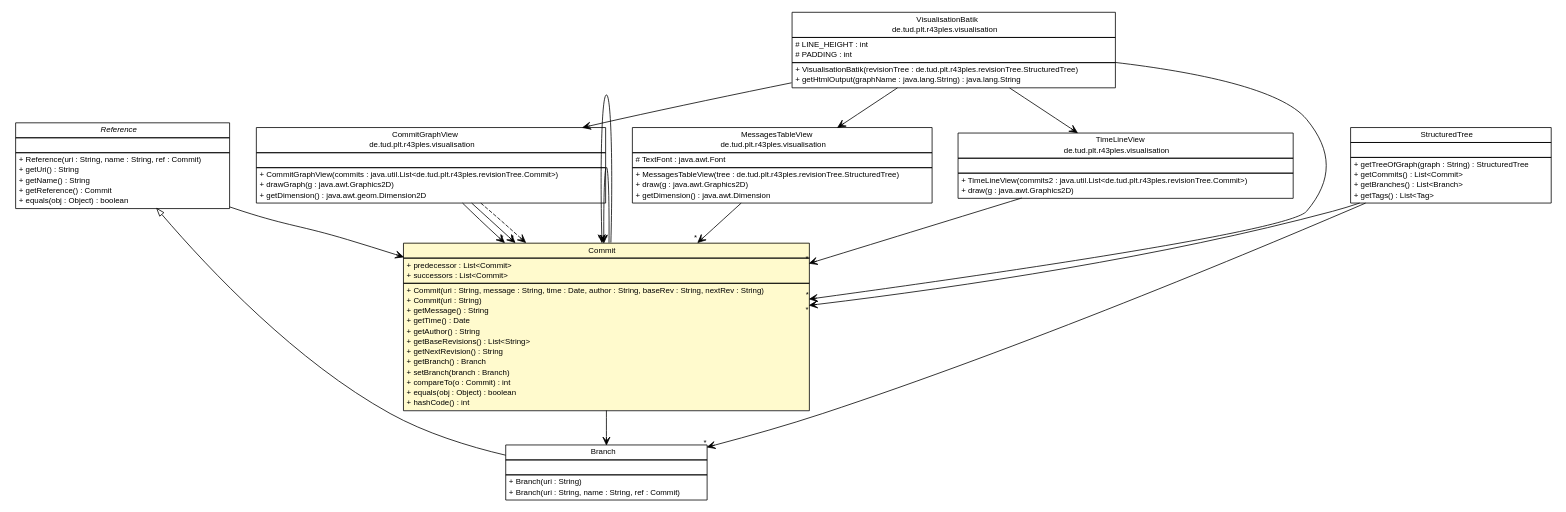
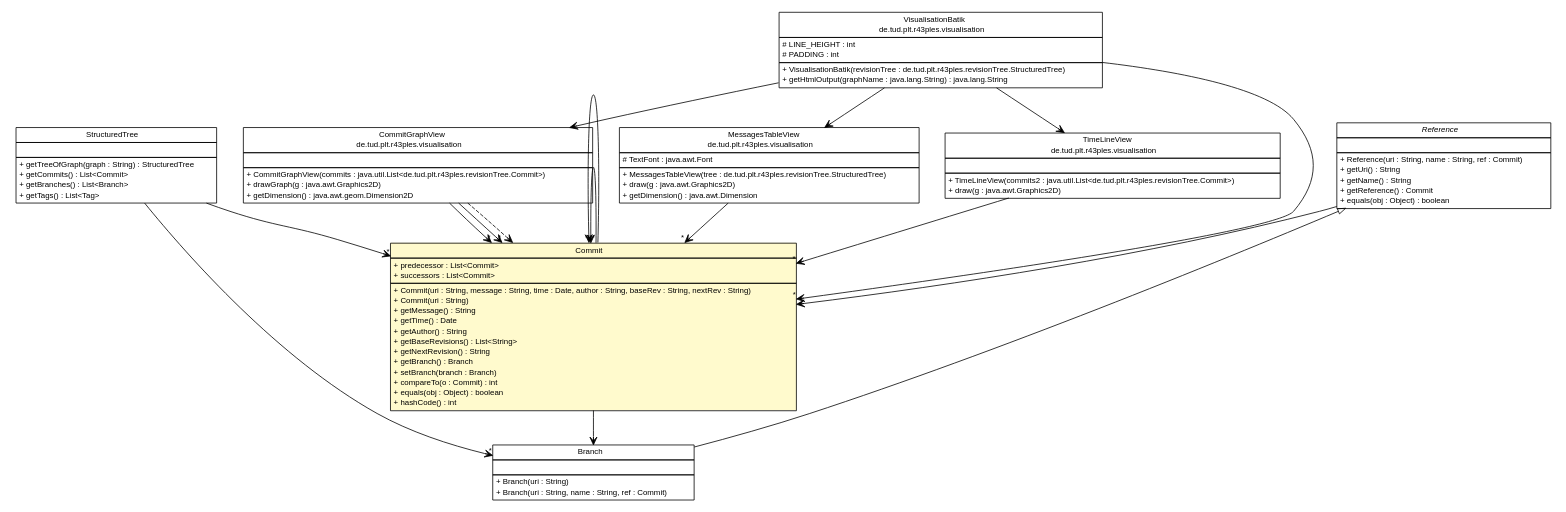
One commit to adrianorzyszek/r43ples changed the diagram in site/apidocs/de/tud/plt/r43ples/revisionTree/Commit.dot. Above: the diagram before and after it, drawn with Graphviz. The commit also changed 272 other files, not shown here.

```diff
--- a/site/apidocs/de/tud/plt/r43ples/revisionTree/Commit.dot
+++ b/site/apidocs/de/tud/plt/r43ples/revisionTree/Commit.dot
@@ -68,21 +68,8 @@
 <tr><td align="left" balign="left"> + getHtmlOutput(graphName : java.lang.String) : java.lang.String </td></tr>
 		</table></td></tr>
 		</table>>, URL="../visualisation/VisualisationBatik.html", fontname="Helvetica", fontcolor="black", fontsize=10.0];
-	// de.tud.plt.r43ples.revisionTree.Branch
-	c496 [label=<<table title="de.tud.plt.r43ples.revisionTree.Branch" border="0" cellborder="1" cellspacing="0" cellpadding="2" port="p" href="./Branch.html">
-		<tr><td><table border="0" cellspacing="0" cellpadding="1">
-<tr><td align="center" balign="center"> Branch </td></tr>
-		</table></td></tr>
-		<tr><td><table border="0" cellspacing="0" cellpadding="1">
-<tr><td align="left" balign="left">  </td></tr>
-		</table></td></tr>
-		<tr><td><table border="0" cellspacing="0" cellpadding="1">
-<tr><td align="left" balign="left"> + Branch(uri : String) </td></tr>
-<tr><td align="left" balign="left"> + Branch(uri : String, name : String, ref : Commit) </td></tr>
-		</table></td></tr>
-		</table>>, URL="./Branch.html", fontname="Helvetica", fontcolor="black", fontsize=10.0];
 	// de.tud.plt.r43ples.revisionTree.Commit
-	c497 [label=<<table title="de.tud.plt.r43ples.revisionTree.Commit" border="0" cellborder="1" cellspacing="0" cellpadding="2" port="p" bgcolor="lemonChiffon" href="./Commit.html">
+	c496 [label=<<table title="de.tud.plt.r43ples.revisionTree.Commit" border="0" cellborder="1" cellspacing="0" cellpadding="2" port="p" bgcolor="lemonChiffon" href="./Commit.html">
 		<tr><td><table border="0" cellspacing="0" cellpadding="1">
 <tr><td align="center" balign="center"> Commit </td></tr>
 		</table></td></tr>
@@ -105,8 +92,36 @@
 <tr><td align="left" balign="left"> + hashCode() : int </td></tr>
 		</table></td></tr>
 		</table>>, URL="./Commit.html", fontname="Helvetica", fontcolor="black", fontsize=10.0];
+	// de.tud.plt.r43ples.revisionTree.StructuredTree
+	c497 [label=<<table title="de.tud.plt.r43ples.revisionTree.StructuredTree" border="0" cellborder="1" cellspacing="0" cellpadding="2" port="p" href="./StructuredTree.html">
+		<tr><td><table border="0" cellspacing="0" cellpadding="1">
+<tr><td align="center" balign="center"> StructuredTree </td></tr>
+		</table></td></tr>
+		<tr><td><table border="0" cellspacing="0" cellpadding="1">
+<tr><td align="left" balign="left">  </td></tr>
+		</table></td></tr>
+		<tr><td><table border="0" cellspacing="0" cellpadding="1">
+<tr><td align="left" balign="left"> + getTreeOfGraph(graph : String) : StructuredTree </td></tr>
+<tr><td align="left" balign="left"> + getCommits() : List&lt;Commit&gt; </td></tr>
+<tr><td align="left" balign="left"> + getBranches() : List&lt;Branch&gt; </td></tr>
+<tr><td align="left" balign="left"> + getTags() : List&lt;Tag&gt; </td></tr>
+		</table></td></tr>
+		</table>>, URL="./StructuredTree.html", fontname="Helvetica", fontcolor="black", fontsize=10.0];
+	// de.tud.plt.r43ples.revisionTree.Branch
+	c498 [label=<<table title="de.tud.plt.r43ples.revisionTree.Branch" border="0" cellborder="1" cellspacing="0" cellpadding="2" port="p" href="./Branch.html">
+		<tr><td><table border="0" cellspacing="0" cellpadding="1">
+<tr><td align="center" balign="center"> Branch </td></tr>
+		</table></td></tr>
+		<tr><td><table border="0" cellspacing="0" cellpadding="1">
+<tr><td align="left" balign="left">  </td></tr>
+		</table></td></tr>
+		<tr><td><table border="0" cellspacing="0" cellpadding="1">
+<tr><td align="left" balign="left"> + Branch(uri : String) </td></tr>
+<tr><td align="left" balign="left"> + Branch(uri : String, name : String, ref : Commit) </td></tr>
+		</table></td></tr>
+		</table>>, URL="./Branch.html", fontname="Helvetica", fontcolor="black", fontsize=10.0];
 	// de.tud.plt.r43ples.revisionTree.Reference
-	c498 [label=<<table title="de.tud.plt.r43ples.revisionTree.Reference" border="0" cellborder="1" cellspacing="0" cellpadding="2" port="p" href="./Reference.html">
+	c499 [label=<<table title="de.tud.plt.r43ples.revisionTree.Reference" border="0" cellborder="1" cellspacing="0" cellpadding="2" port="p" href="./Reference.html">
 		<tr><td><table border="0" cellspacing="0" cellpadding="1">
 <tr><td align="center" balign="center"><font face="Helvetica-Oblique"> Reference </font></td></tr>
 		</table></td></tr>
@@ -121,51 +136,36 @@
 <tr><td align="left" balign="left"> + equals(obj : Object) : boolean </td></tr>
 		</table></td></tr>
 		</table>>, URL="./Reference.html", fontname="Helvetica", fontcolor="black", fontsize=10.0];
-	// de.tud.plt.r43ples.revisionTree.StructuredTree
-	c500 [label=<<table title="de.tud.plt.r43ples.revisionTree.StructuredTree" border="0" cellborder="1" cellspacing="0" cellpadding="2" port="p" href="./StructuredTree.html">
-		<tr><td><table border="0" cellspacing="0" cellpadding="1">
-<tr><td align="center" balign="center"> StructuredTree </td></tr>
-		</table></td></tr>
-		<tr><td><table border="0" cellspacing="0" cellpadding="1">
-<tr><td align="left" balign="left">  </td></tr>
-		</table></td></tr>
-		<tr><td><table border="0" cellspacing="0" cellpadding="1">
-<tr><td align="left" balign="left"> + getTreeOfGraph(graph : String) : StructuredTree </td></tr>
-<tr><td align="left" balign="left"> + getCommits() : List&lt;Commit&gt; </td></tr>
-<tr><td align="left" balign="left"> + getBranches() : List&lt;Branch&gt; </td></tr>
-<tr><td align="left" balign="left"> + getTags() : List&lt;Tag&gt; </td></tr>
-		</table></td></tr>
-		</table>>, URL="./StructuredTree.html", fontname="Helvetica", fontcolor="black", fontsize=10.0];
 	//de.tud.plt.r43ples.revisionTree.Branch extends de.tud.plt.r43ples.revisionTree.Reference
-	c498:p -> c496:p [dir=back,arrowtail=empty];
+	c499:p -> c498:p [dir=back,arrowtail=empty];
 	// de.tud.plt.r43ples.visualisation.CommitGraphView NAVASSOC de.tud.plt.r43ples.revisionTree.Commit
-	c485:p -> c497:p [taillabel="", label="", headlabel="*", fontname="Helvetica", fontcolor="black", fontsize=10.0, color="black", arrowhead=open];
+	c485:p -> c496:p [taillabel="", label="", headlabel="*", fontname="Helvetica", fontcolor="black", fontsize=10.0, color="black", arrowhead=open];
 	// de.tud.plt.r43ples.visualisation.CommitGraphView NAVASSOC de.tud.plt.r43ples.revisionTree.Commit
-	c485:p -> c497:p [taillabel="", label="", headlabel="*", fontname="Helvetica", fontcolor="black", fontsize=10.0, color="black", arrowhead=open];
+	c485:p -> c496:p [taillabel="", label="", headlabel="*", fontname="Helvetica", fontcolor="black", fontsize=10.0, color="black", arrowhead=open];
 	// de.tud.plt.r43ples.visualisation.MessagesTableView NAVASSOC de.tud.plt.r43ples.revisionTree.Commit
-	c486:p -> c497:p [taillabel="", label="", headlabel="*", fontname="Helvetica", fontcolor="black", fontsize=10.0, color="black", arrowhead=open];
+	c486:p -> c496:p [taillabel="", label="", headlabel="*", fontname="Helvetica", fontcolor="black", fontsize=10.0, color="black", arrowhead=open];
 	// de.tud.plt.r43ples.visualisation.TimeLineView NAVASSOC de.tud.plt.r43ples.revisionTree.Commit
-	c487:p -> c497:p [taillabel="", label="", headlabel="*", fontname="Helvetica", fontcolor="black", fontsize=10.0, color="black", arrowhead=open];
+	c487:p -> c496:p [taillabel="", label="", headlabel="*", fontname="Helvetica", fontcolor="black", fontsize=10.0, color="black", arrowhead=open];
 	// de.tud.plt.r43ples.visualisation.VisualisationBatik NAVASSOC de.tud.plt.r43ples.visualisation.TimeLineView
 	c488:p -> c487:p [taillabel="", label="", headlabel="", fontname="Helvetica", fontcolor="black", fontsize=10.0, color="black", arrowhead=open];
 	// de.tud.plt.r43ples.visualisation.VisualisationBatik NAVASSOC de.tud.plt.r43ples.revisionTree.Commit
-	c488:p -> c497:p [taillabel="", label="", headlabel="*", fontname="Helvetica", fontcolor="black", fontsize=10.0, color="black", arrowhead=open];
+	c488:p -> c496:p [taillabel="", label="", headlabel="*", fontname="Helvetica", fontcolor="black", fontsize=10.0, color="black", arrowhead=open];
 	// de.tud.plt.r43ples.visualisation.VisualisationBatik NAVASSOC de.tud.plt.r43ples.visualisation.CommitGraphView
 	c488:p -> c485:p [taillabel="", label="", headlabel="", fontname="Helvetica", fontcolor="black", fontsize=10.0, color="black", arrowhead=open];
 	// de.tud.plt.r43ples.visualisation.VisualisationBatik NAVASSOC de.tud.plt.r43ples.visualisation.MessagesTableView
 	c488:p -> c486:p [taillabel="", label="", headlabel="", fontname="Helvetica", fontcolor="black", fontsize=10.0, color="black", arrowhead=open];
 	// de.tud.plt.r43ples.revisionTree.Commit NAVASSOC de.tud.plt.r43ples.revisionTree.Branch
-	c497:p -> c496:p [taillabel="", label="", headlabel="", fontname="Helvetica", fontcolor="black", fontsize=10.0, color="black", arrowhead=open];
+	c496:p -> c498:p [taillabel="", label="", headlabel="", fontname="Helvetica", fontcolor="black", fontsize=10.0, color="black", arrowhead=open];
 	// de.tud.plt.r43ples.revisionTree.Commit NAVASSOC de.tud.plt.r43ples.revisionTree.Commit
-	c497:p -> c497:p [taillabel="", label="", headlabel="*", fontname="Helvetica", fontcolor="black", fontsize=10.0, color="black", arrowhead=open];
+	c496:p -> c496:p [taillabel="", label="", headlabel="*", fontname="Helvetica", fontcolor="black", fontsize=10.0, color="black", arrowhead=open];
 	// de.tud.plt.r43ples.revisionTree.Commit NAVASSOC de.tud.plt.r43ples.revisionTree.Commit
-	c497:p -> c497:p [taillabel="", label="", headlabel="*", fontname="Helvetica", fontcolor="black", fontsize=10.0, color="black", arrowhead=open];
+	c496:p -> c496:p [taillabel="", label="", headlabel="*", fontname="Helvetica", fontcolor="black", fontsize=10.0, color="black", arrowhead=open];
+	// de.tud.plt.r43ples.revisionTree.StructuredTree NAVASSOC de.tud.plt.r43ples.revisionTree.Branch
+	c497:p -> c498:p [taillabel="", label="", headlabel="*", fontname="Helvetica", fontcolor="black", fontsize=10.0, color="black", arrowhead=open];
+	// de.tud.plt.r43ples.revisionTree.StructuredTree NAVASSOC de.tud.plt.r43ples.revisionTree.Commit
+	c497:p -> c496:p [taillabel="", label="", headlabel="*", fontname="Helvetica", fontcolor="black", fontsize=10.0, color="black", arrowhead=open];
 	// de.tud.plt.r43ples.revisionTree.Reference NAVASSOC de.tud.plt.r43ples.revisionTree.Commit
-	c498:p -> c497:p [taillabel="", label="", headlabel="", fontname="Helvetica", fontcolor="black", fontsize=10.0, color="black", arrowhead=open];
-	// de.tud.plt.r43ples.revisionTree.StructuredTree NAVASSOC de.tud.plt.r43ples.revisionTree.Branch
-	c500:p -> c496:p [taillabel="", label="", headlabel="*", fontname="Helvetica", fontcolor="black", fontsize=10.0, color="black", arrowhead=open];
-	// de.tud.plt.r43ples.revisionTree.StructuredTree NAVASSOC de.tud.plt.r43ples.revisionTree.Commit
-	c500:p -> c497:p [taillabel="", label="", headlabel="*", fontname="Helvetica", fontcolor="black", fontsize=10.0, color="black", arrowhead=open];
+	c499:p -> c496:p [taillabel="", label="", headlabel="", fontname="Helvetica", fontcolor="black", fontsize=10.0, color="black", arrowhead=open];
 	// de.tud.plt.r43ples.visualisation.CommitGraphView DEPEND de.tud.plt.r43ples.revisionTree.Commit
-	c485:p -> c497:p [taillabel="", label="", headlabel="", fontname="Helvetica", fontcolor="black", fontsize=10.0, color="black", arrowhead=open, style=dashed];
+	c485:p -> c496:p [taillabel="", label="", headlabel="", fontname="Helvetica", fontcolor="black", fontsize=10.0, color="black", arrowhead=open, style=dashed];
 }
```
